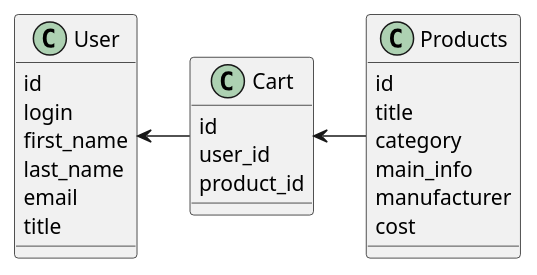
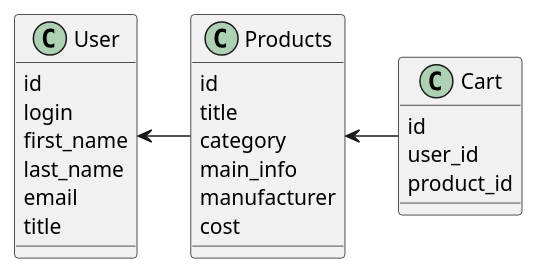
Before and after one commit to jwtkms/mai_homework_arch: the second of 2 diagrams in components.md, drawn with PlantUML. The commit also changed other lines of this file and 4 other files, not shown here.

````diff
--- a/components.md
+++ b/components.md
@@ -87,32 +85,32 @@
 ```puml
 @startuml
 
 class User {
   id
   login
   first_name
   last_name
   email
   title
 }
 
 class Products {
   id
   title
   category
   main_info
   manufacturer
   cost
 }
 
 class Cart {
   id
   user_id
   product_id
 }
 
-User <- Cart
-Cart <- Products
+User <- Products
+Products <- Cart
 
 @enduml
 ```
````
